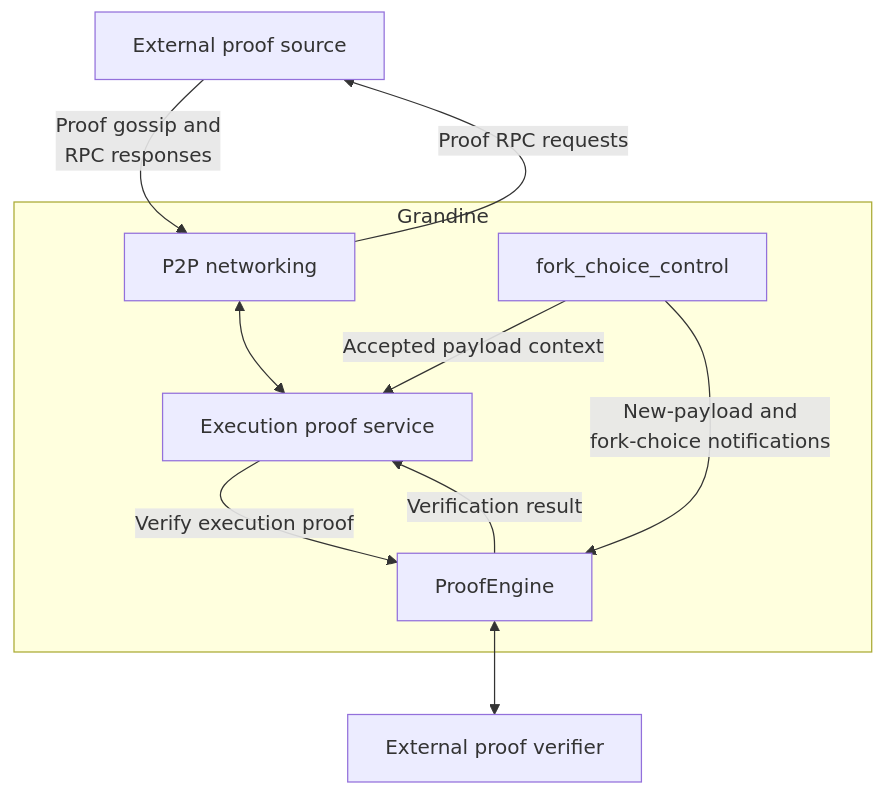
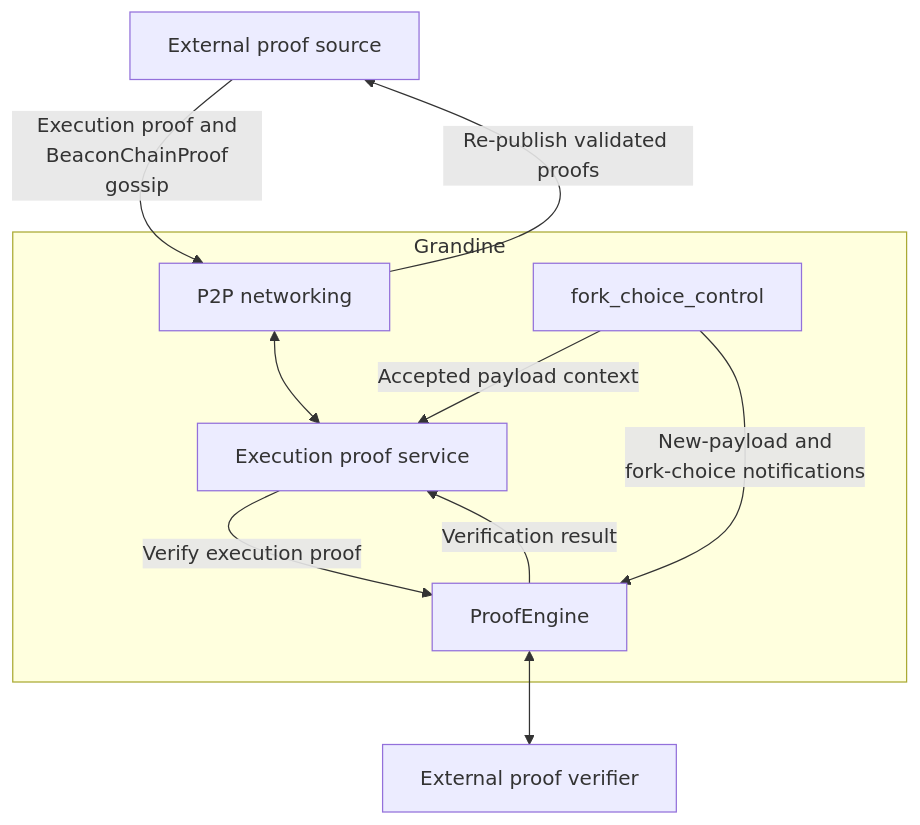
The first of 2 diagrams in projects/grandine-optional-execution-proofs.md (creese/cohort-seven), drawn with Mermaid before and after one commit. The commit also changed other lines of this file, not shown here.

Commit message:
Replace proof RPC sync with recursive BeaconChainProofs

````diff
--- a/projects/grandine-optional-execution-proofs.md
+++ b/projects/grandine-optional-execution-proofs.md
@@ -100,22 +111,22 @@
 ```mermaid
 flowchart TD
     Peer[External proof source]
     
     subgraph Grandine
         P2P[P2P networking]
         Fcc[fork_choice_control]
         Service[Execution proof service]
         Engine[ProofEngine]
     end
     
     Verifier[External proof verifier]
     
-    Peer -->|Proof gossip and<br> RPC responses| P2P
-    P2P -->|Proof RPC requests| Peer
+    Peer -->|Execution proof and<br> BeaconChainProof gossip| P2P
+    P2P -->|Re-publish validated proofs| Peer
     P2P <--> Service
     Fcc -->|<span style="white-space: nowrap;">Accepted payload context</span>| Service
     Fcc -->|New-payload and<br> fork-choice notifications| Engine
     Service -->|Verify execution proof| Engine
     Engine -->|Verification result| Service
     Engine <--> Verifier
 ```
````
